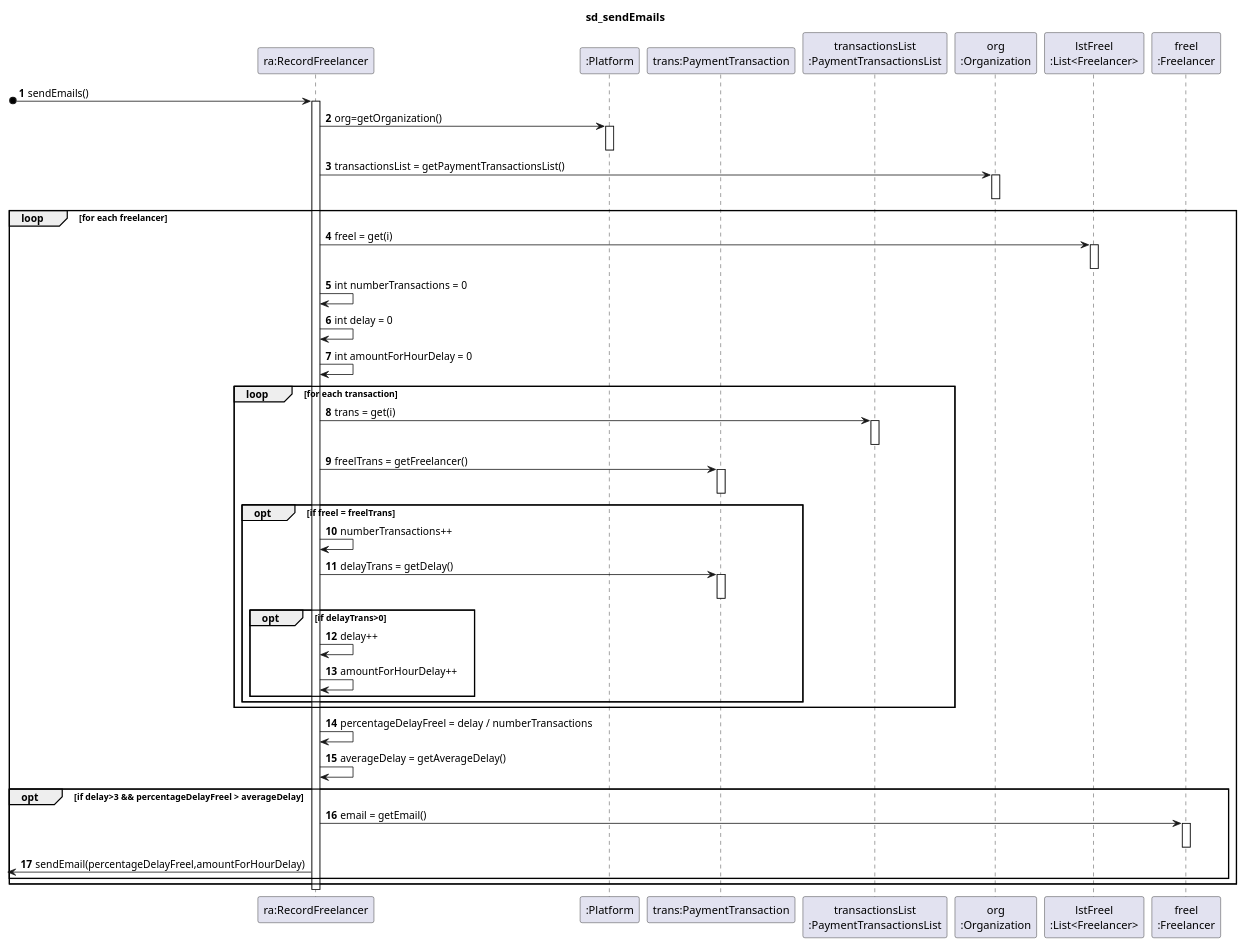
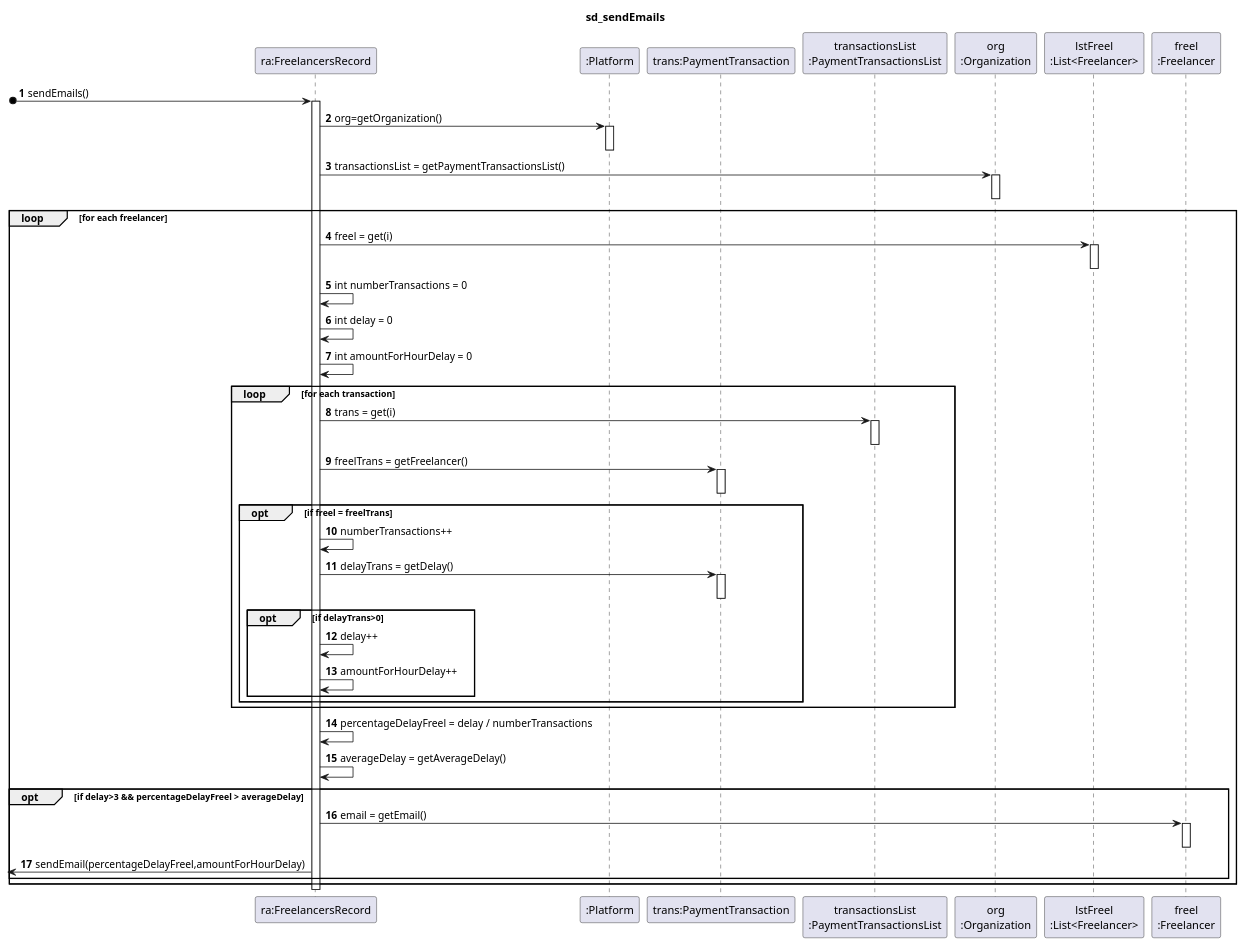
One commit to pedrolemos4/LAPR2 changed the diagram in docs/UC10 - Notify delayed freelancers (automatically)/UC10_SD2.puml. Above: the diagram before and after it, drawn with PlantUML. The commit also changed 9 other files, not shown here.

```diff
--- a/docs/UC10 - Notify delayed freelancers (automatically)/UC10_SD2.puml
+++ b/docs/UC10 - Notify delayed freelancers (automatically)/UC10_SD2.puml
@@ -1,77 +1,77 @@
 @startuml
 autonumber
 
 title sd_sendEmails
-participant "ra:RecordFreelancer" as RA
+participant "ra:FreelancersRecord" as RA
 participant ":Platform" as PLAT
 participant "trans:PaymentTransaction" as PT
 participant "transactionsList\n:PaymentTransactionsList" as LPT
 participant "org\n:Organization" as ORG
 participant "lstFreel\n:List<Freelancer>" as LF
 participant "freel\n:Freelancer" as FREEL
 
 [o-> RA : sendEmails()
 activate RA
   
 RA -> PLAT : org=getOrganization()
 activate PLAT
 deactivate PLAT
 
 RA -> ORG : transactionsList = getPaymentTransactionsList()
 activate ORG
 deactivate ORG
   
 LOOP for each freelancer
   
 RA -> LF : freel = get(i)
 activate LF
 deactivate LF
   
 RA -> RA : int numberTransactions = 0
 RA -> RA : int delay = 0
 RA -> RA : int amountForHourDelay = 0
   
 LOOP for each transaction
   
 RA -> LPT : trans = get(i)
 activate LPT
 deactivate LPT
   
 RA -> PT : freelTrans = getFreelancer()
 activate PT
 deactivate PT
   
 OPT if freel = freelTrans
   
 RA -> RA : numberTransactions++
   
 RA -> PT : delayTrans = getDelay()
 activate PT
 deactivate PT
   
 OPT if delayTrans>0
   
 RA -> RA : delay++
 RA -> RA : amountForHourDelay++
   
 end OPT
 end OPT  
 end LOOP
   
 RA -> RA : percentageDelayFreel = delay / numberTransactions
 RA -> RA : averageDelay = getAverageDelay()
   
 OPT if delay>3 && percentageDelayFreel > averageDelay
   
 RA -> FREEL : email = getEmail()
 activate FREEL
 deactivate FREEL
   
 [<- RA : sendEmail(percentageDelayFreel,amountForHourDelay)
   
 end OPT  
 end LOOP
 deactivate RA
   
   
 @enduml
```
